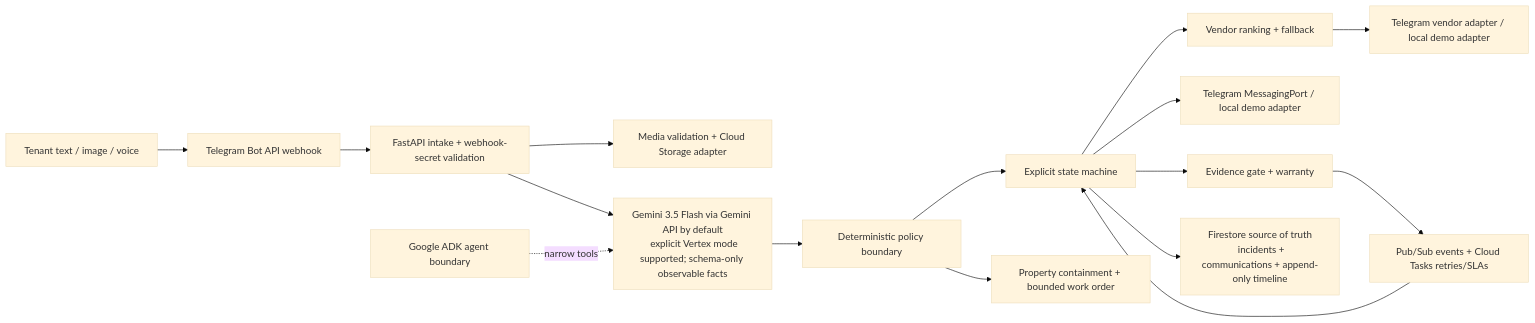
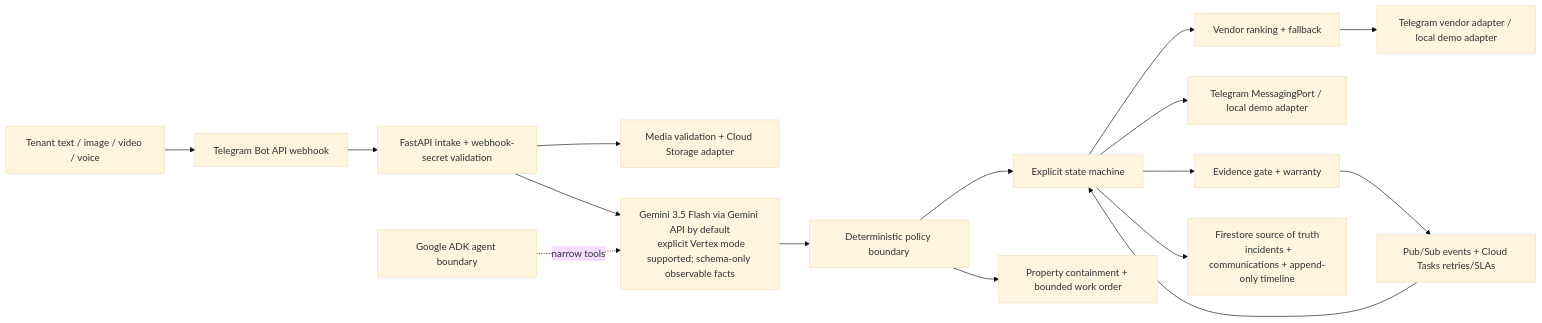
The diagram in docs/architecture.md (liisheng/ATA-No-More-Buckets), drawn with Mermaid (base theme) before and after one commit. The commit also changed other lines of this file and 23 other files, not shown here.

````diff
--- a/docs/architecture.md
+++ b/docs/architecture.md
@@ -3,20 +3,20 @@
 ```mermaid
 flowchart LR
-  T[Tenant text / image / voice] --> TG[Telegram Bot API webhook]
+  T[Tenant text / image / video / voice] --> TG[Telegram Bot API webhook]
   TG --> A[FastAPI intake + webhook-secret validation]
   A --> M[Media validation + Cloud Storage adapter]
   A --> X[Gemini 3.5 Flash via Gemini API by default
   explicit Vertex mode supported; schema-only observable facts]
   X --> P[Deterministic policy boundary]
   P --> S[Explicit state machine]
   P --> C[Property containment + bounded work order]
   S --> F[Vendor ranking + fallback]
   F --> V[Telegram vendor adapter / local demo adapter]
   S --> N[Telegram MessagingPort / local demo adapter]
   S --> E[Evidence gate + warranty]
   S --> D[Firestore source of truth
   incidents + communications + append-only timeline]
   E --> Q[Pub/Sub events + Cloud Tasks retries/SLAs]
   Q --> S
   ADK[Google ADK agent boundary] -. narrow tools .-> X
 ```
````
